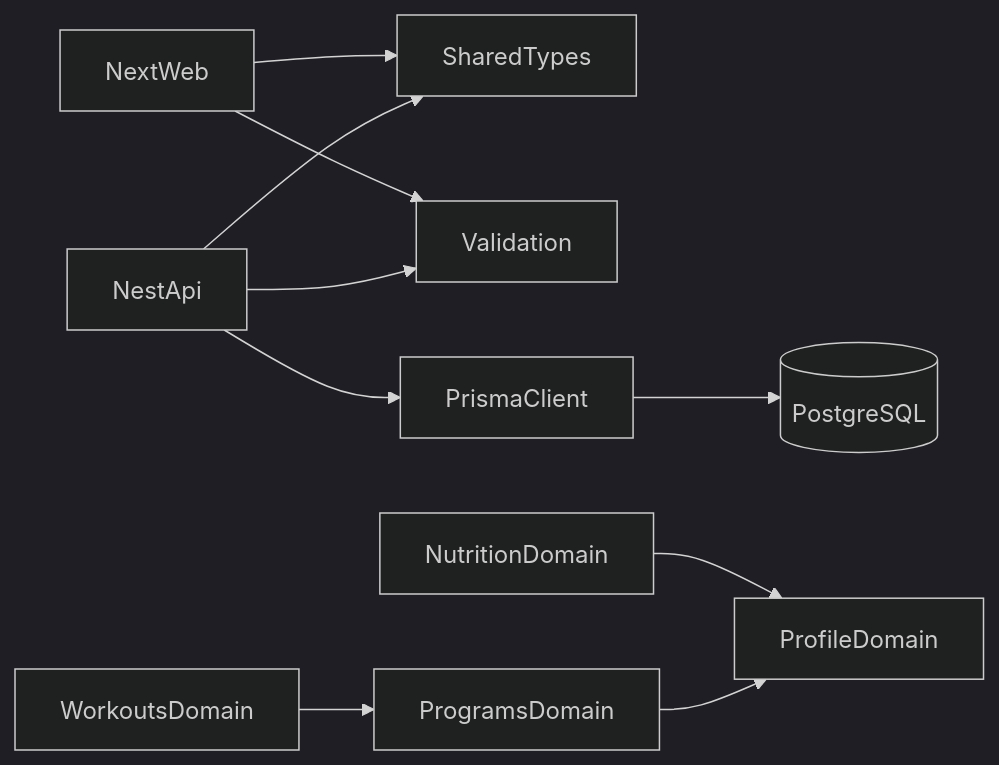
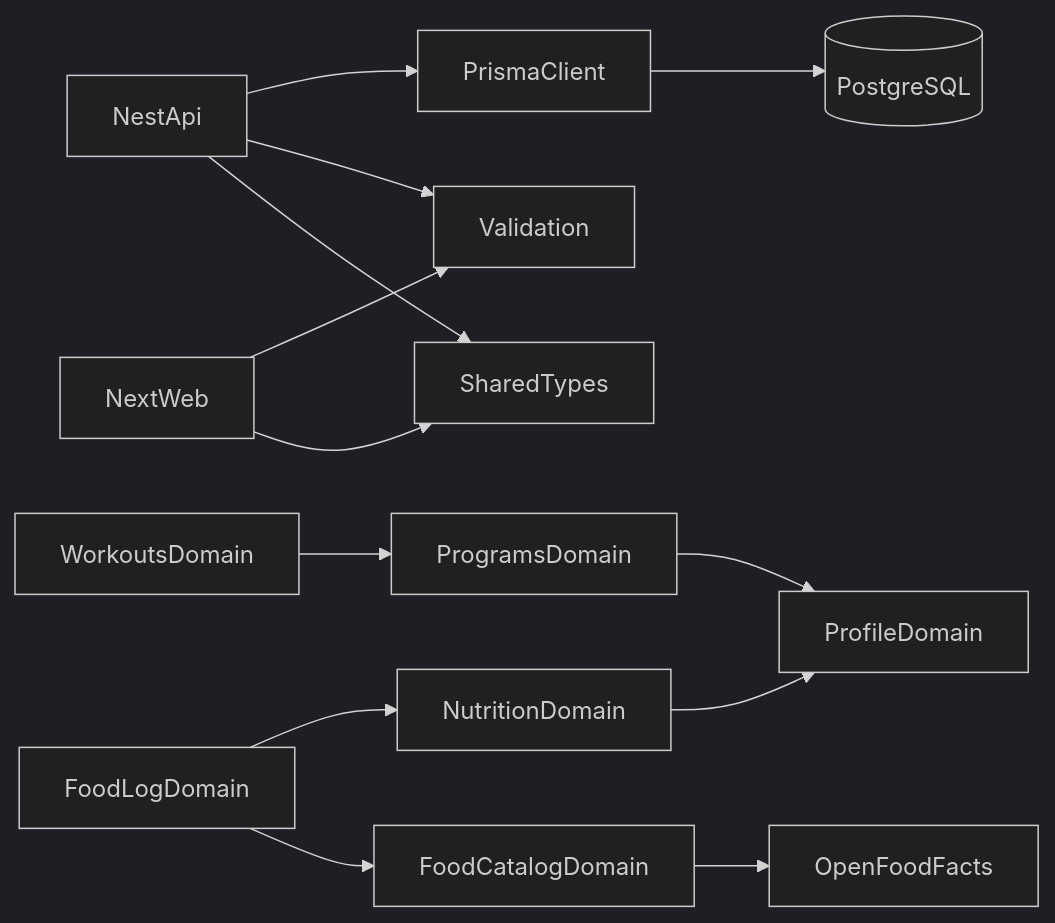
The diagram in ARCHITECTURE.md (Yarik-osg/YS_Fitness), drawn with Mermaid (dark theme) before and after one commit. The commit also changed other lines of this file and 43 other files, not shown here.

First line of the commit message:
feat: log meals against a cached food catalog (#79)

````diff
--- a/ARCHITECTURE.md
+++ b/ARCHITECTURE.md
@@ -73,12 +74,15 @@
 ```mermaid
 flowchart LR
   Web[NextWeb] --> SharedTypes[SharedTypes]
   Web --> Validation[Validation]
   Api[NestApi] --> SharedTypes
   Api --> Validation
   Api --> Prisma[PrismaClient]
   Prisma --> Database[(PostgreSQL)]
   Nutrition[NutritionDomain] --> Profiles[ProfileDomain]
   Programs[ProgramsDomain] --> Profiles
   Workouts[WorkoutsDomain] --> Programs
+  FoodLog[FoodLogDomain] --> FoodCatalog[FoodCatalogDomain]
+  FoodLog --> Nutrition
+  FoodCatalog --> Off[OpenFoodFacts]
 ```
````
